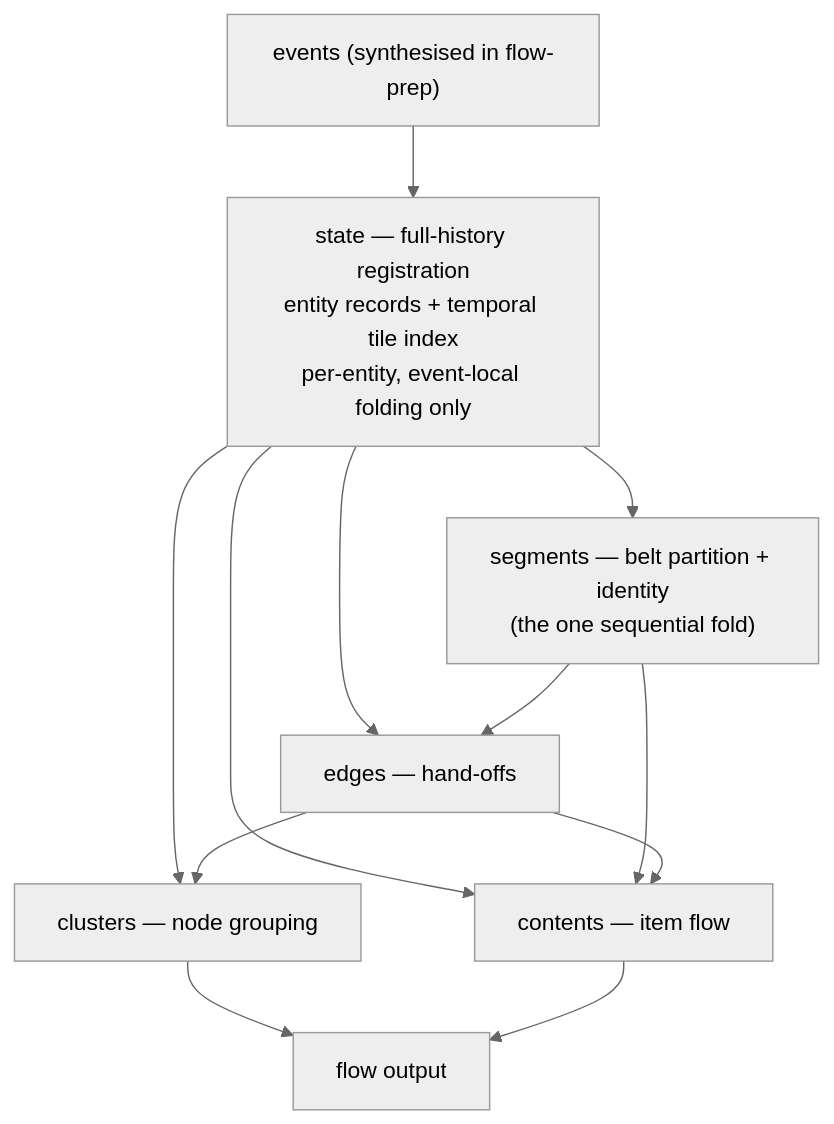
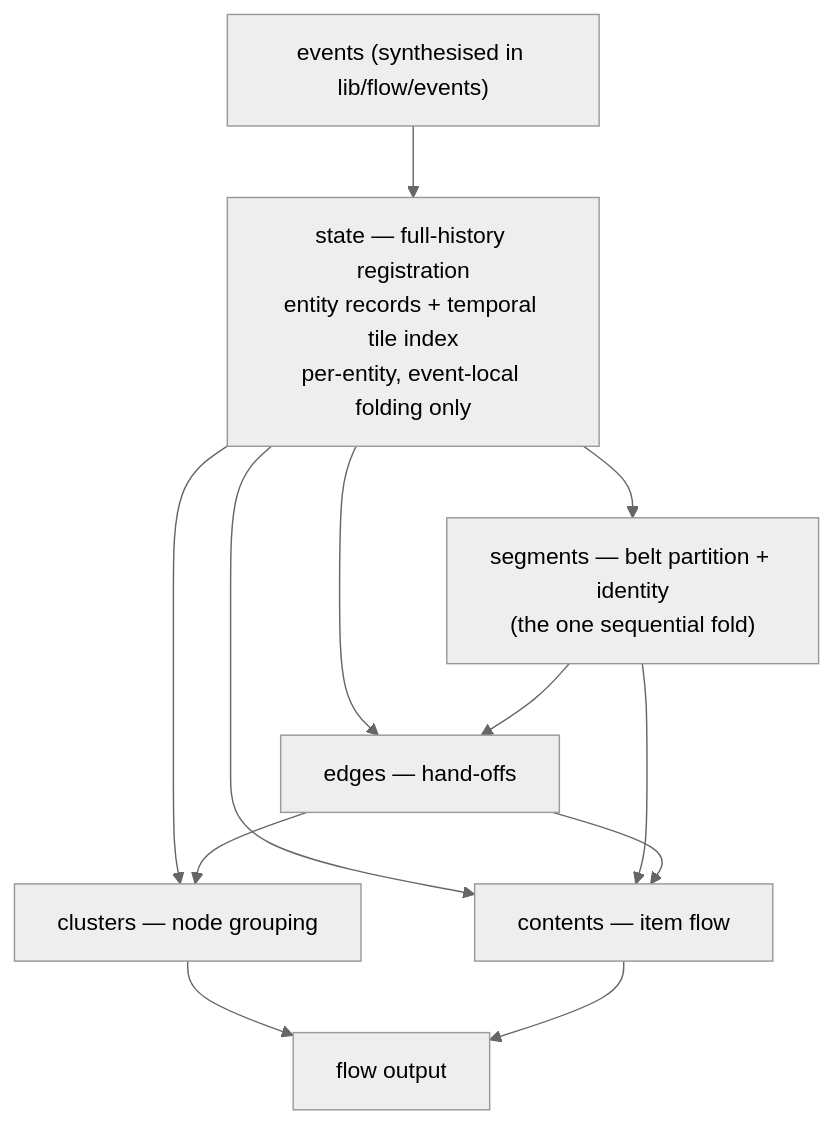
One commit to ameateye/Replay-analyzer changed the first of 2 diagrams in docs/specs/flow_pipeline_structure.md. Above: the diagram before and after it, drawn with Mermaid (neutral theme). The commit also changed other lines of this file and 8 other files, not shown here.

First line of the commit message:
Condense the flow pipeline into shared leaf modules (cleanup, step 5)

````diff
--- a/docs/specs/flow_pipeline_structure.md
+++ b/docs/specs/flow_pipeline_structure.md
@@ -56,14 +56,14 @@
 ```mermaid
 flowchart TD
-  EV["events (synthesised in flow-prep)"] --> ST["state — full-history registration<br/>entity records + temporal tile index<br/>per-entity, event-local folding only"]
+  EV["events (synthesised in lib/flow/events)"] --> ST["state — full-history registration<br/>entity records + temporal tile index<br/>per-entity, event-local folding only"]
   ST --> SEG["segments — belt partition + identity<br/>(the one sequential fold)"]
   ST --> EDG["edges — hand-offs"]
   ST --> CLU["clusters — node grouping"]
   ST --> CON["contents — item flow"]
   SEG --> EDG
   EDG --> CLU
   SEG --> CON
   EDG --> CON
   CLU --> OUT["flow output"]
   CON --> OUT
 ```
````
